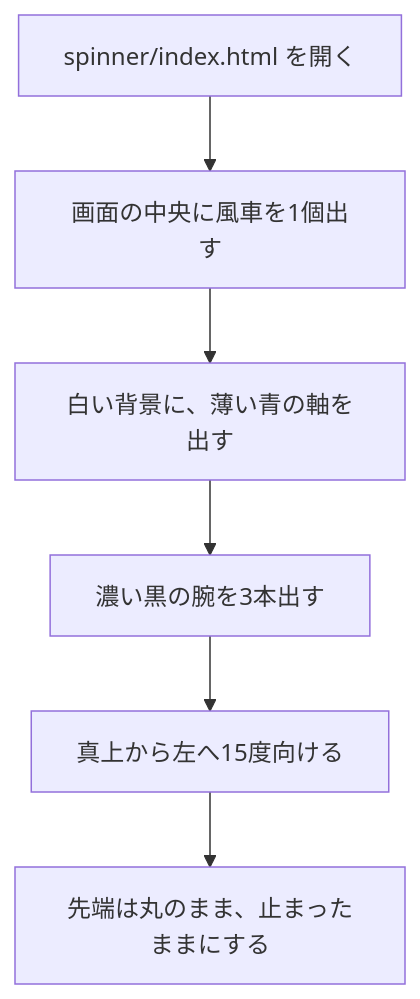
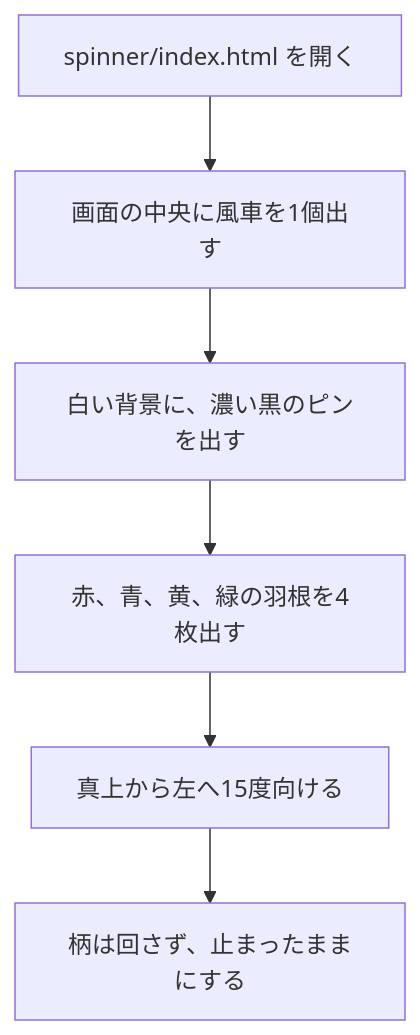
One commit to pfgnsb/hand-spinner changed the second of 9 diagrams in spinner/ドキュメント/ユースケース.md. Above: the diagram before and after it, drawn with Mermaid. The commit also changed other lines of this file and 13 other files, not shown here.

````diff
--- a/spinner/ドキュメント/ユースケース.md
+++ b/spinner/ドキュメント/ユースケース.md
@@ -54,8 +54,8 @@
 ```mermaid
 flowchart TD
   a["spinner/index.html を開く"] --> b[画面の中央に風車を1個出す]
-  b --> c[白い背景に、薄い青の軸を出す]
-  c --> d[濃い黒の腕を3本出す]
+  b --> c[白い背景に、濃い黒のピンを出す]
+  c --> d[赤、青、黄、緑の羽根を4枚出す]
   d --> e[真上から左へ15度向ける]
-  e --> f[先端は丸のまま、止まったままにする]
+  e --> f[柄は回さず、止まったままにする]
 ```
````
